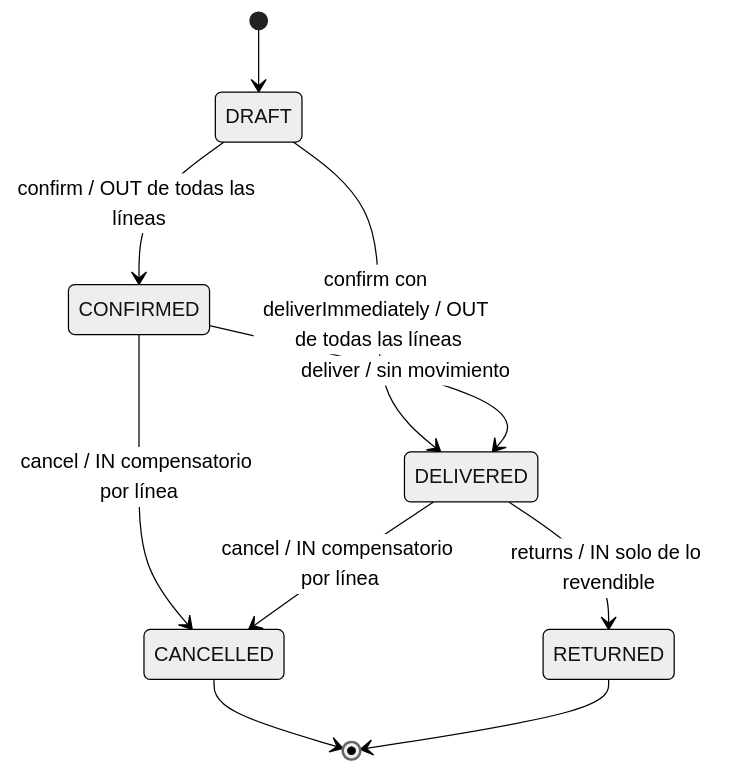
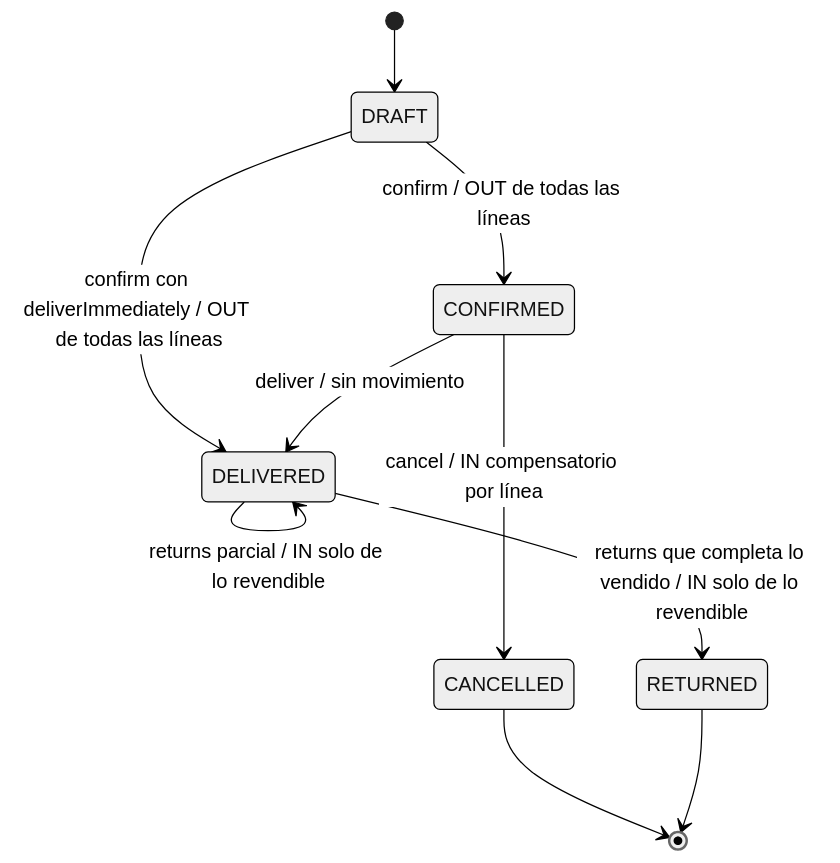
The diagram in docs/sales-contract.md (DSerranoG24/catalogo), drawn with Mermaid (neutral theme) before and after one commit. The commit also changed other lines of this file and 14 other files, not shown here.

````diff
--- a/docs/sales-contract.md
+++ b/docs/sales-contract.md
@@ -27,12 +29,12 @@
 ```mermaid
 stateDiagram-v2
     [*] --> DRAFT
     DRAFT --> CONFIRMED: confirm / OUT de todas las líneas
     DRAFT --> DELIVERED: confirm con deliverImmediately / OUT de todas las líneas
     CONFIRMED --> DELIVERED: deliver / sin movimiento
     CONFIRMED --> CANCELLED: cancel / IN compensatorio por línea
-    DELIVERED --> CANCELLED: cancel / IN compensatorio por línea
-    DELIVERED --> RETURNED: returns / IN solo de lo revendible
+    DELIVERED --> DELIVERED: returns parcial / IN solo de lo revendible
+    DELIVERED --> RETURNED: returns que completa lo vendido / IN solo de lo revendible
     CANCELLED --> [*]
     RETURNED --> [*]
 ```
````
